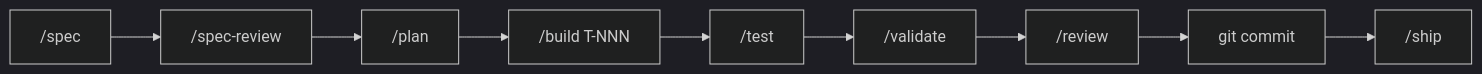
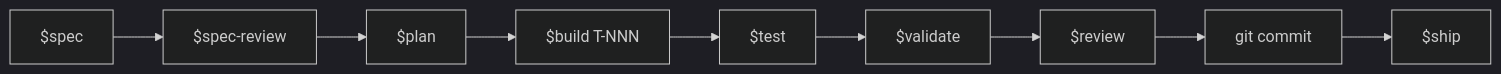
The diagram in README.md (staaack-io/specs-driven-development), drawn with Mermaid (dark theme) before and after one commit. The commit also changed other lines of this file and 408 other files, not shown here.

````diff
--- a/README.md
+++ b/README.md
@@ -9,11 +11,11 @@
 ```mermaid
 flowchart LR
-    A["/spec"] --> B["/spec-review"]
-    B --> C["/plan"]
-    C --> D["/build T-NNN"]
-    D --> E["/test"]
-    E --> F["/validate"]
-    F --> G["/review"]
+    A["$spec"] --> B["$spec-review"]
+    B --> C["$plan"]
+    C --> D["$build T-NNN"]
+    D --> E["$test"]
+    E --> F["$validate"]
+    F --> G["$review"]
     G --> H["git commit"]
-    H --> I["/ship"]
+    H --> I["$ship"]
 ```
````
